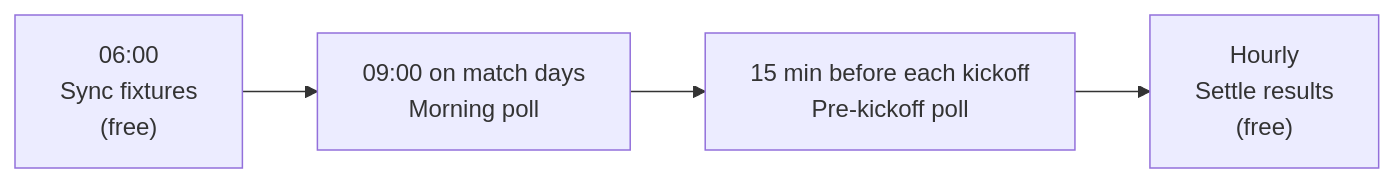
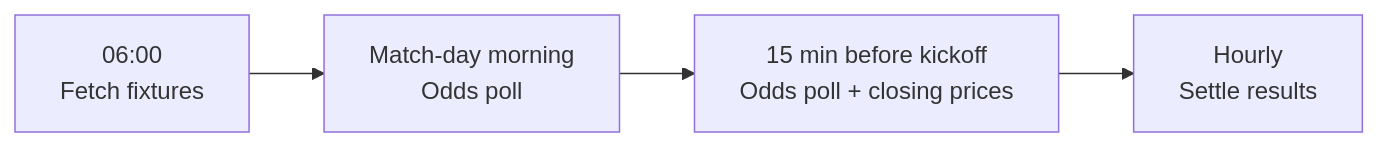
The diagram in README.md (achref-thamri/closing-line), drawn with Mermaid before and after one commit. The commit also changed other lines of this file and 2 other files, not shown here.

````diff
--- a/README.md
+++ b/README.md
@@ -51,6 +37,6 @@
 ```mermaid
 flowchart LR
-    S["06:00<br/>Sync fixtures<br/>(free)"] --> M["09:00 on match days<br/>Morning poll"]
-    M --> P["15 min before each kickoff<br/>Pre-kickoff poll"]
-    P --> R["Hourly<br/>Settle results<br/>(free)"]
+    S["06:00<br/>Fetch fixtures"] --> M["Match-day morning<br/>Odds poll"]
+    M --> P["15 min before kickoff<br/>Odds poll + closing prices"]
+    P --> R["Hourly<br/>Settle results"]
 ```
````
